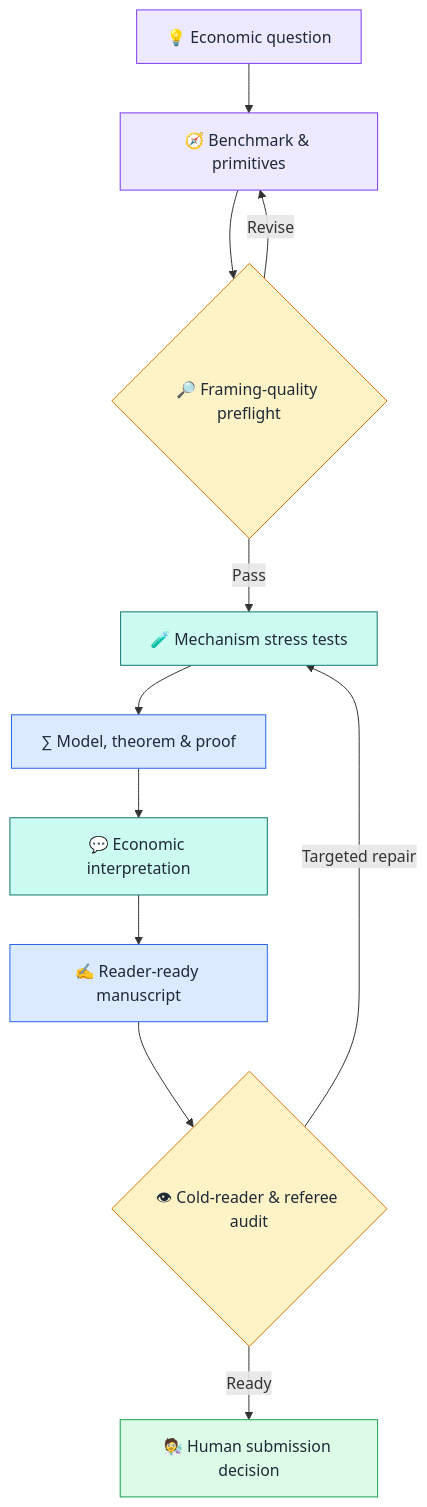
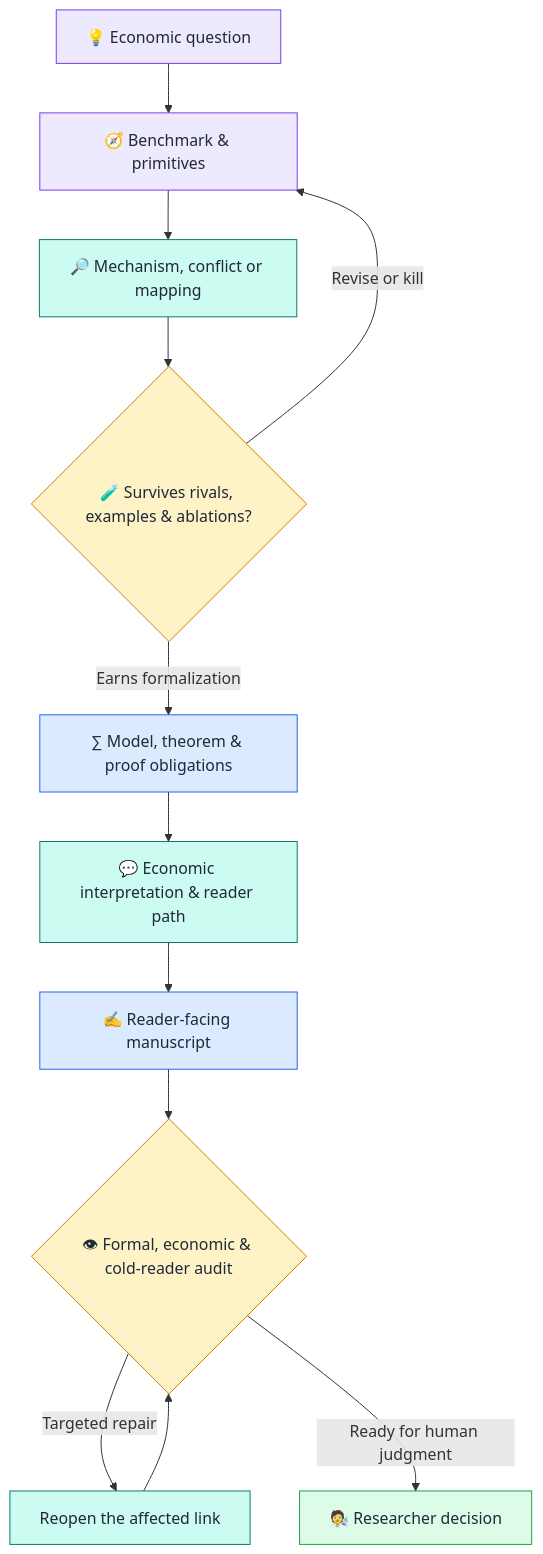
Before and after one commit to viplee110/econ-theorist-ai-v2: the first of 2 diagrams in README.md, drawn with Mermaid. The commit also changed other lines of this file, not shown here.

Commit message:
Reframe README around the researcher journey

````diff
--- a/README.md
+++ b/README.md
@@ -72,25 +131,26 @@
 ```mermaid
 flowchart TD
     Q["💡 Economic question"] --> B["🧭 Benchmark & primitives"]
-    B --> F{"🔎 Framing-quality preflight"}
-    F -->|"Revise"| B
-    F -->|"Pass"| M["🧪 Mechanism stress tests"]
-    M --> T["∑ Model, theorem & proof"]
-    T --> E["💬 Economic interpretation"]
-    E --> W["✍️ Reader-ready manuscript"]
-    W --> R{"👁 Cold-reader & referee audit"}
-    R -->|"Targeted repair"| M
-    R -->|"Ready"| H["🧑‍🔬 Human submission decision"]
+    B --> M["🔎 Mechanism, conflict or mapping"]
+    M --> K{"🧪 Survives rivals, examples & ablations?"}
+    K -->|"Revise or kill"| B
+    K -->|"Earns formalization"| T["∑ Model, theorem & proof obligations"]
+    T --> I["💬 Economic interpretation & reader path"]
+    I --> W["✍️ Reader-facing manuscript"]
+    W --> R{"👁 Formal, economic & cold-reader audit"}
+    R -->|"Targeted repair"| X["Reopen the affected link"]
+    X --> R
+    R -->|"Ready for human judgment"| H["🧑‍🔬 Researcher decision"]
 
     classDef idea fill:#EDE9FE,stroke:#7C3AED,color:#1F2937;
     classDef science fill:#CCFBF1,stroke:#0F766E,color:#1F2937;
     classDef formal fill:#DBEAFE,stroke:#2563EB,color:#1F2937;
     classDef gate fill:#FEF3C7,stroke:#D97706,color:#1F2937;
     classDef human fill:#DCFCE7,stroke:#16A34A,color:#1F2937;
 
     class Q,B idea;
-    class M,E science;
+    class M,I,X science;
     class T,W formal;
-    class F,R gate;
+    class K,R gate;
     class H human;
 ```
````
